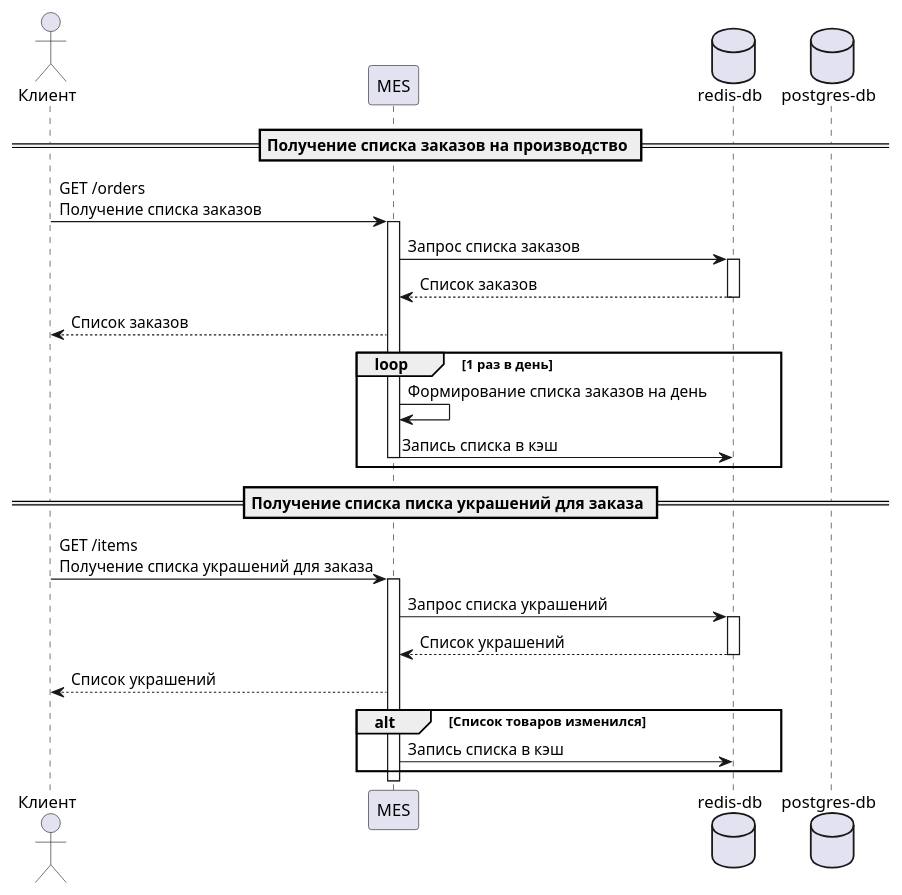
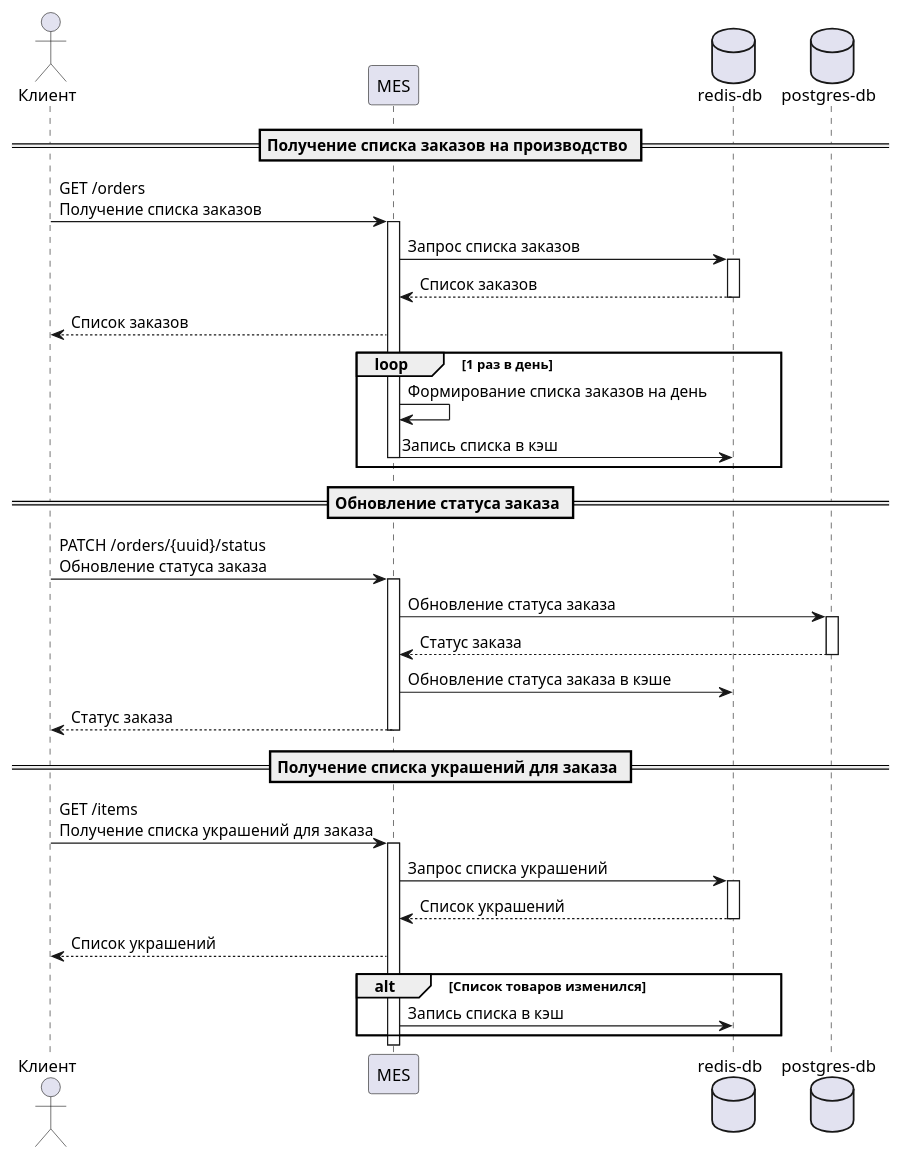
One commit to kvrasuli/architecture-sprint-4 changed the diagram in Exc5/diagram.puml. Above: the diagram before and after it, drawn with PlantUML. The commit also changed 5 other files, not shown here.

```diff
--- a/Exc5/diagram.puml
+++ b/Exc5/diagram.puml
@@ -1,40 +1,52 @@
 @startuml
 
 actor "Клиент" as client
 participant "MES" as mes
 database "redis-db" as redis
 database "postgres-db" as pg
 
 == Получение списка заказов на производство ==
 client -> mes: GET /orders\nПолучение списка заказов
 activate mes
 
 mes -> redis: Запрос списка заказов
 activate redis
 redis --> mes: Список заказов
 deactivate redis
 mes --> client: Список заказов
 
 loop 1 раз в день
 mes -> mes: Формирование списка заказов на день
 
 mes -> redis: Запись списка в кэш
 deactivate mes
 end
 
-== Получение списка писка украшений для заказа ==
+== Обновление статуса заказа ==
+client -> mes: PATCH /orders/{uuid}/status\nОбновление статуса заказа
+activate mes
+
+mes -> pg: Обновление статуса заказа
+activate pg
+pg --> mes: Статус заказа
+deactivate pg
+mes -> redis: Обновление статуса заказа в кэше
+mes --> client: Статус заказа
+deactivate mes
+
+== Получение списка украшений для заказа ==
 client -> mes: GET /items\nПолучение списка украшений для заказа
 activate mes
 
 mes -> redis: Запрос списка украшений
 activate redis
 redis --> mes: Список украшений
 deactivate redis
 mes --> client: Список украшений
 
 alt Список товаров изменился
 mes -> redis: Запись списка в кэш
 end
 
 
 @enduml
```
